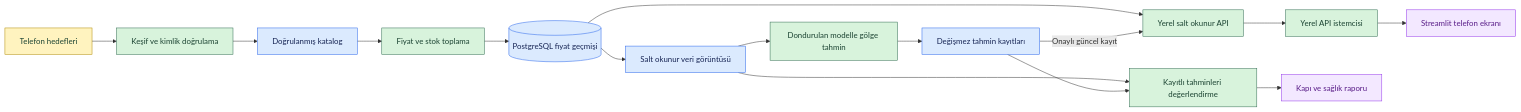
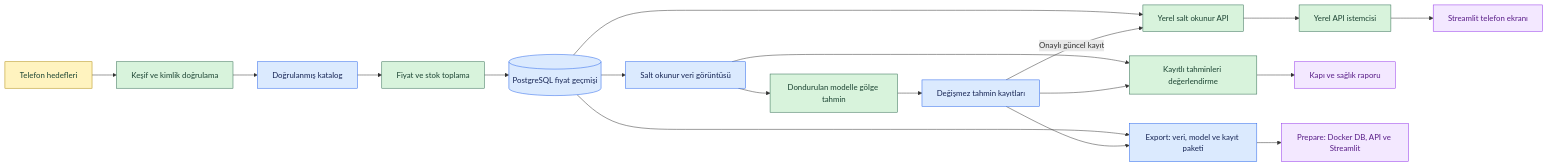
One commit to Emir-Ars/Urun-indirim-takip changed the diagram in README.md. Above: the diagram before and after it, drawn with Mermaid. The commit also changed other lines of this file and 7 other files, not shown here.

````diff
--- a/README.md
+++ b/README.md
@@ -49,25 +49,29 @@
 ```mermaid
 flowchart LR
     A["Telefon hedefleri"] --> B["Keşif ve kimlik doğrulama"]
     B --> C["Doğrulanmış katalog"]
     C --> D["Fiyat ve stok toplama"]
     D --> E[("PostgreSQL fiyat geçmişi")]
     E --> F["Yerel salt okunur API"]
     F --> G["Yerel API istemcisi"]
     G --> H["Streamlit telefon ekranı"]
     E --> I["Salt okunur veri görüntüsü"]
     I --> J["Dondurulan modelle gölge tahmin"]
     J --> K["Değişmez tahmin kayıtları"]
     I --> L["Kayıtlı tahminleri değerlendirme"]
     K --> L
     K -->|Onaylı güncel kayıt| F
     L --> M["Kapı ve sağlık raporu"]
+    E --> N["Export: veri, model ve kayıt paketi"]
+    K --> N
+    N --> O["Prepare: Docker DB, API ve Streamlit"]
     classDef targets fill:#fff3bf,stroke:#b08900,color:#1b4332
     classDef processing fill:#d8f3dc,stroke:#2d6a4f,color:#1b4332
     classDef records fill:#dbeafe,stroke:#2563eb,color:#172554
     classDef preview fill:#f3e8ff,stroke:#9333ea,color:#581c87
     class A targets
     class B,D,F,G,J,L processing
     class C,E,I,K records
-    class H,M preview
+    class H,M,O preview
+    class N records
 ```
````
